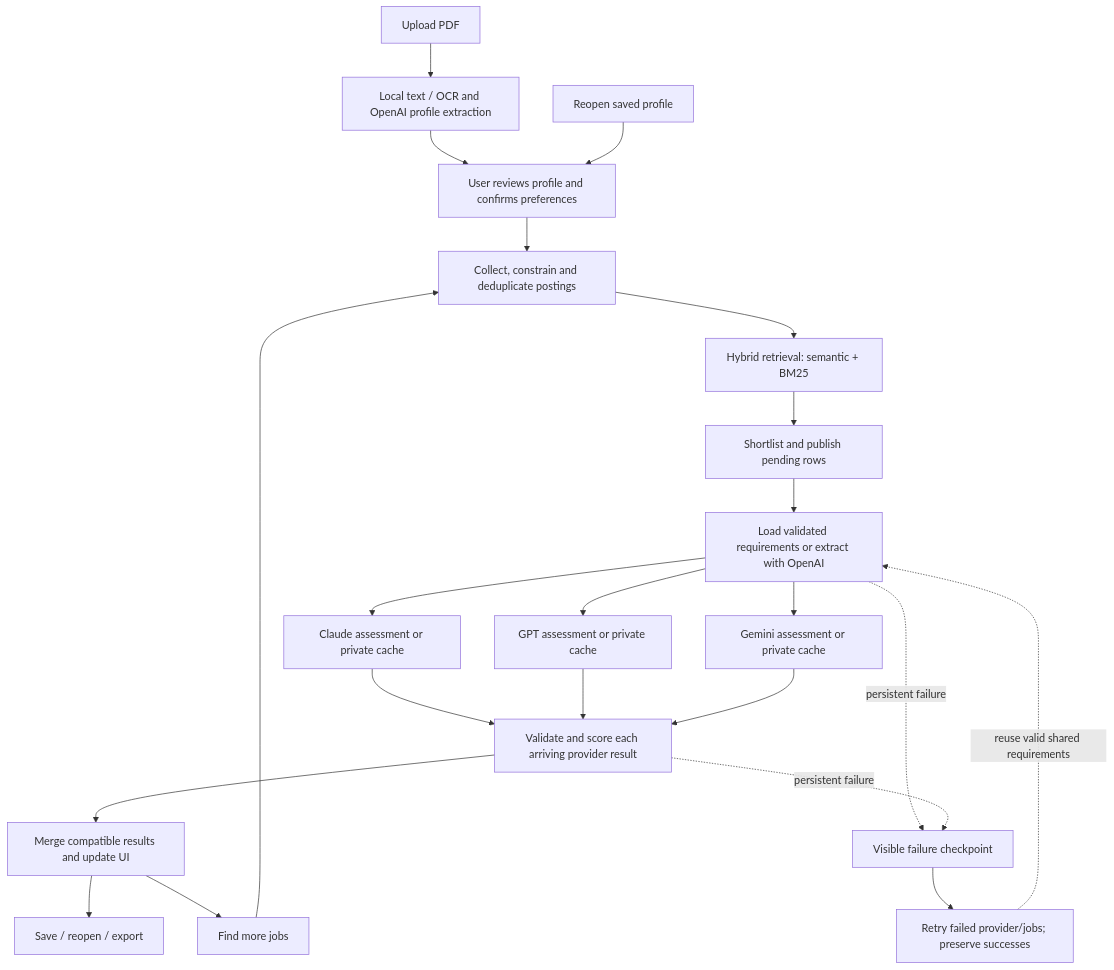
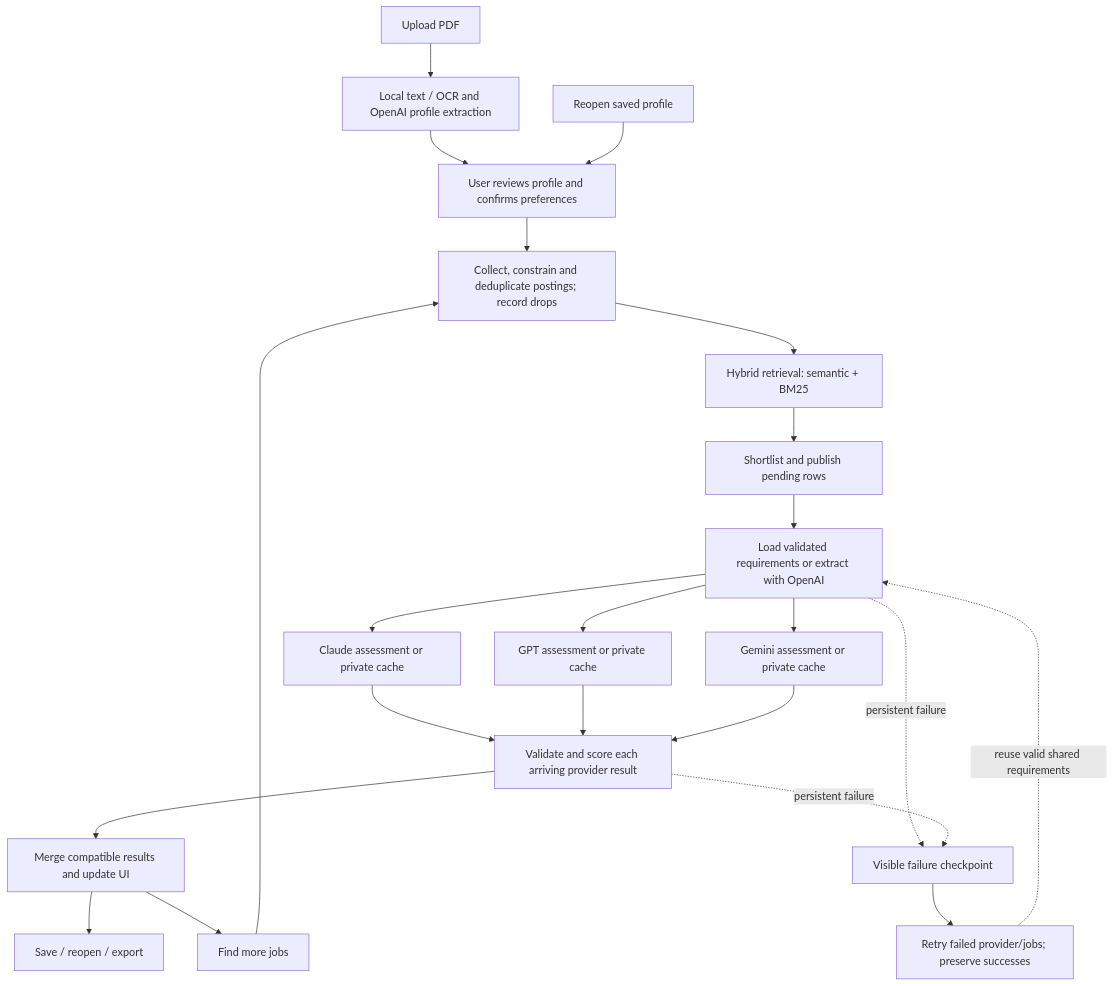
The diagram in docs/application-workflow-technical-guide.md (zechromes/Career-Finder), drawn with Mermaid before and after one commit. The commit also changed other lines of this file, not shown here.

````diff
--- a/docs/application-workflow-technical-guide.md
+++ b/docs/application-workflow-technical-guide.md
@@ -32,24 +33,24 @@
 ```mermaid
 flowchart TD
     U[Upload PDF] --> P[Local text / OCR and OpenAI profile extraction]
     P --> C[User reviews profile and confirms preferences]
     SP[Reopen saved profile] --> C
-    C --> B[Collect, constrain and deduplicate postings]
+    C --> B[Collect, constrain and deduplicate postings; record drops]
     B --> R[Hybrid retrieval: semantic + BM25]
     R --> S[Shortlist and publish pending rows]
     S --> Q[Load validated requirements or extract with OpenAI]
     Q --> A[Claude assessment or private cache]
     Q --> G[GPT assessment or private cache]
     Q --> M[Gemini assessment or private cache]
     A --> V[Validate and score each arriving provider result]
     G --> V
     M --> V
     V --> J[Merge compatible results and update UI]
     J --> W[Save / reopen / export]
     J --> F[Find more jobs]
     F --> B
     Q -. persistent failure .-> E[Visible failure checkpoint]
     V -. persistent failure .-> E
     E --> T[Retry failed provider/jobs; preserve successes]
     T -. reuse valid shared requirements .-> Q
 ```
````
